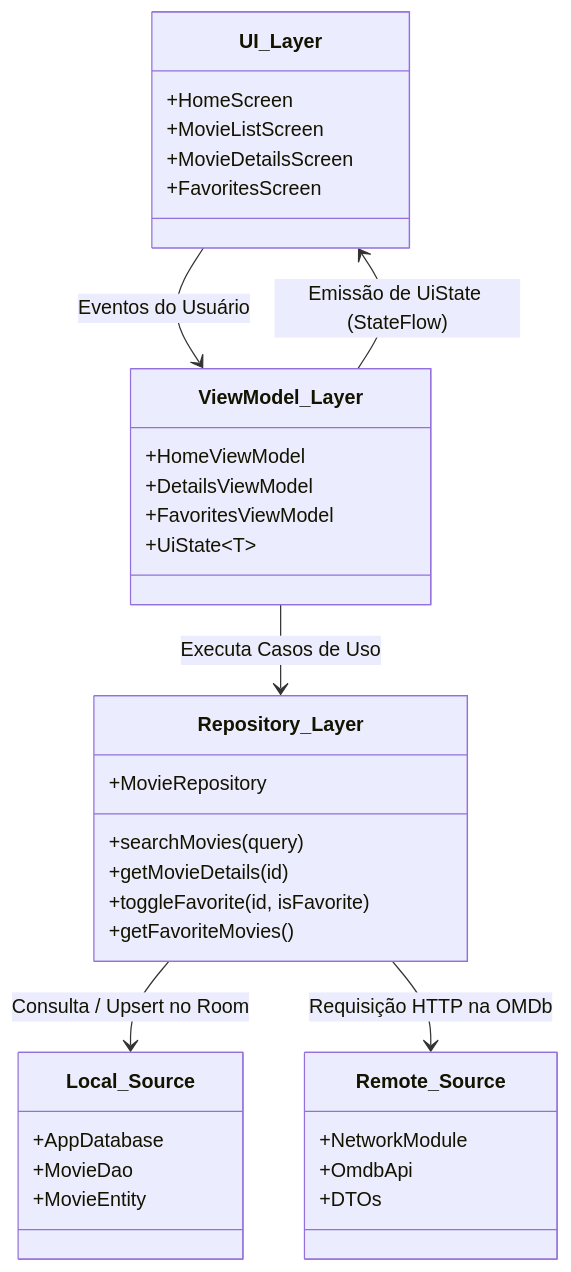
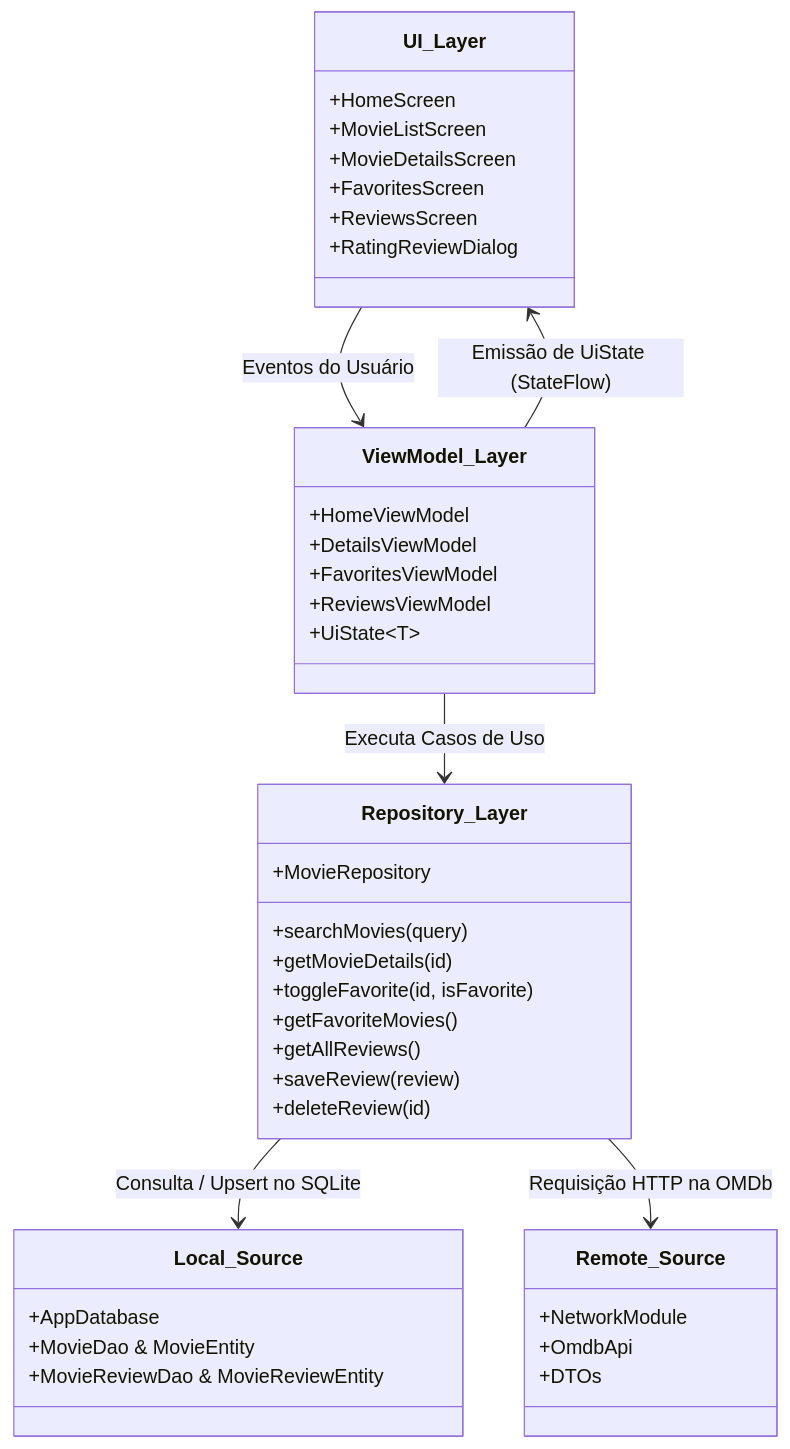
One commit to madsondecarvalho/uern-unidade3-programacao-de-dispositivos-moveis-2026.2 changed the first of 2 diagrams in docs/architecture.md. Above: the diagram before and after it, drawn with Mermaid. The commit also changed other lines of this file and 31 other files, not shown here.

First line of the commit message:
feat: implement offline-first movie reviews, visual polish, and drag-to-rate gesture

````diff
--- a/docs/architecture.md
+++ b/docs/architecture.md
@@ -29,44 +29,50 @@
 ```mermaid
 classDiagram
     direction TB
 
     class UI_Layer {
         +HomeScreen
         +MovieListScreen
         +MovieDetailsScreen
         +FavoritesScreen
+        +ReviewsScreen
+        +RatingReviewDialog
     }
 
     class ViewModel_Layer {
         +HomeViewModel
         +DetailsViewModel
         +FavoritesViewModel
+        +ReviewsViewModel
         +UiState~T~
     }
 
     class Repository_Layer {
         +MovieRepository
         +searchMovies(query)
         +getMovieDetails(id)
         +toggleFavorite(id, isFavorite)
         +getFavoriteMovies()
+        +getAllReviews()
+        +saveReview(review)
+        +deleteReview(id)
     }
 
     class Local_Source {
         +AppDatabase
-        +MovieDao
-        +MovieEntity
+        +MovieDao & MovieEntity
+        +MovieReviewDao & MovieReviewEntity
     }
 
     class Remote_Source {
         +NetworkModule
         +OmdbApi
         +DTOs
     }
 
     UI_Layer --> ViewModel_Layer : Eventos do Usuário
     ViewModel_Layer --> UI_Layer : Emissão de UiState (StateFlow)
     ViewModel_Layer --> Repository_Layer : Executa Casos de Uso
-    Repository_Layer --> Local_Source : Consulta / Upsert no Room
+    Repository_Layer --> Local_Source : Consulta / Upsert no SQLite
     Repository_Layer --> Remote_Source : Requisição HTTP na OMDb
 ```
````
